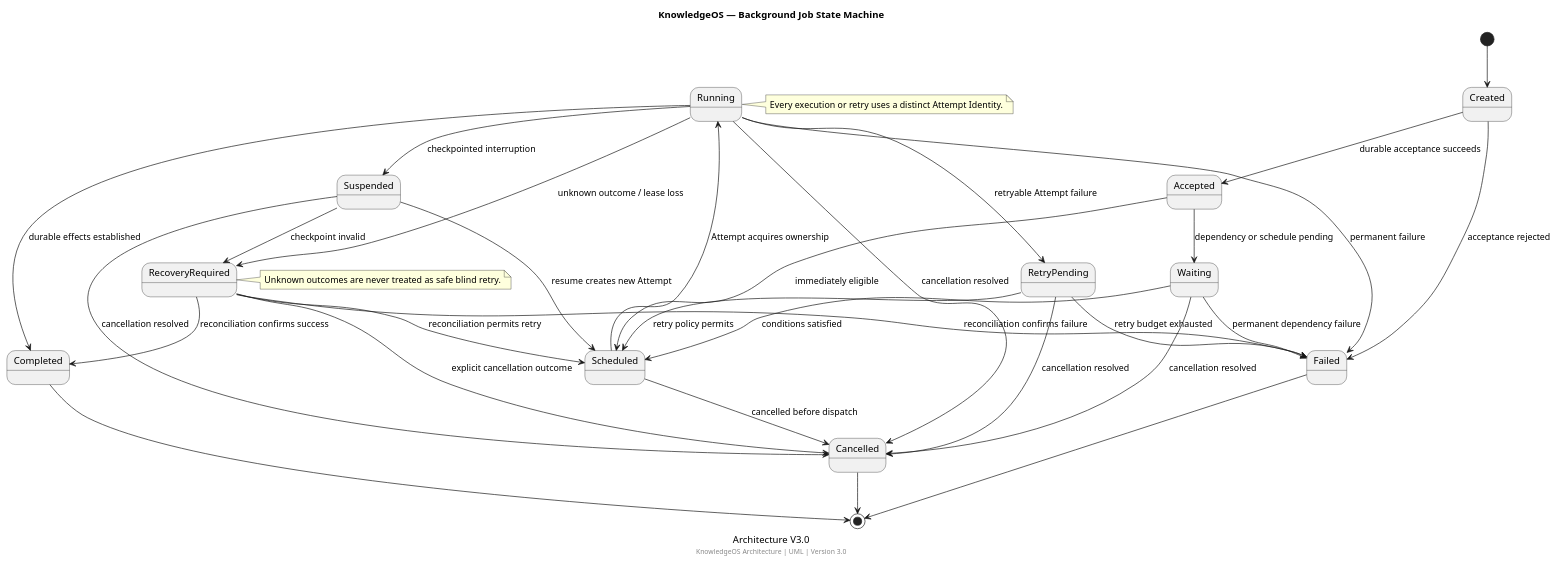
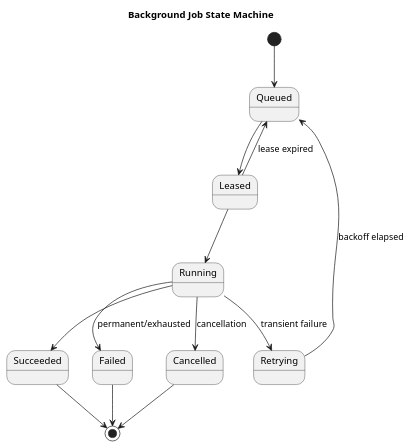
Before and after one commit to Sebailla/KnowledgeOS: the diagram in 00-Architecture/07-ArchitectureViews/UML/Background-Job-State-Machine.puml, drawn with PlantUML. The commit also changed 51 other files, not shown here.

First line of the commit message:
feat(governance): Update Architecture Governance to version 4.0

```diff
--- a/00-Architecture/07-ArchitectureViews/UML/Background-Job-State-Machine.puml
+++ b/00-Architecture/07-ArchitectureViews/UML/Background-Job-State-Machine.puml
@@ -1,54 +1,15 @@
 @startuml UML-BACKGROUND-JOB-STATE-MACHINE
-title KnowledgeOS — Background Job State Machine
-caption Architecture V3.0
-
-skinparam shadowing false
-
-[*] --> Created
-Created --> Accepted : durable acceptance succeeds
-Created --> Failed : acceptance rejected
-
-Accepted --> Waiting : dependency or schedule pending
-Accepted --> Scheduled : immediately eligible
-
-Waiting --> Scheduled : conditions satisfied
-Waiting --> Cancelled : cancellation resolved
-Waiting --> Failed : permanent dependency failure
-
-Scheduled --> Running : Attempt acquires ownership
-Scheduled --> Cancelled : cancelled before dispatch
-
-Running --> Completed : durable effects established
-Running --> RetryPending : retryable Attempt failure
-Running --> Suspended : checkpointed interruption
-Running --> Cancelled : cancellation resolved
-Running --> Failed : permanent failure
-Running --> RecoveryRequired : unknown outcome / lease loss
-
-RetryPending --> Scheduled : retry policy permits
-RetryPending --> Failed : retry budget exhausted
-RetryPending --> Cancelled : cancellation resolved
-
-Suspended --> Scheduled : resume creates new Attempt
-Suspended --> Cancelled : cancellation resolved
-Suspended --> RecoveryRequired : checkpoint invalid
-
-RecoveryRequired --> Scheduled : reconciliation permits retry
-RecoveryRequired --> Completed : reconciliation confirms success
-RecoveryRequired --> Failed : reconciliation confirms failure
-RecoveryRequired --> Cancelled : explicit cancellation outcome
-
-Completed --> [*]
+title Background Job State Machine
+[*] --> Queued
+Queued --> Leased
+Leased --> Running
+Running --> Succeeded
+Running --> Retrying : transient failure
+Retrying --> Queued : backoff elapsed
+Running --> Failed : permanent/exhausted
+Running --> Cancelled : cancellation
+Leased --> Queued : lease expired
+Succeeded --> [*]
 Failed --> [*]
 Cancelled --> [*]
-
-note right of Running
-  Every execution or retry uses a distinct Attempt Identity.
-end note
-
-note right of RecoveryRequired
-  Unknown outcomes are never treated as safe blind retry.
-end note
-
-footer KnowledgeOS Architecture | UML | Version 3.0
 @enduml
```
